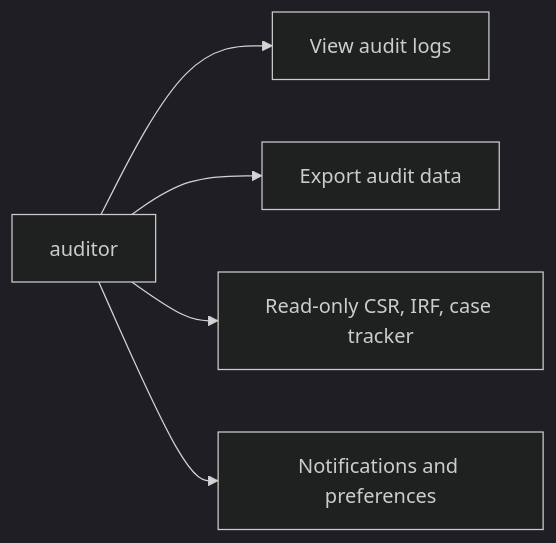
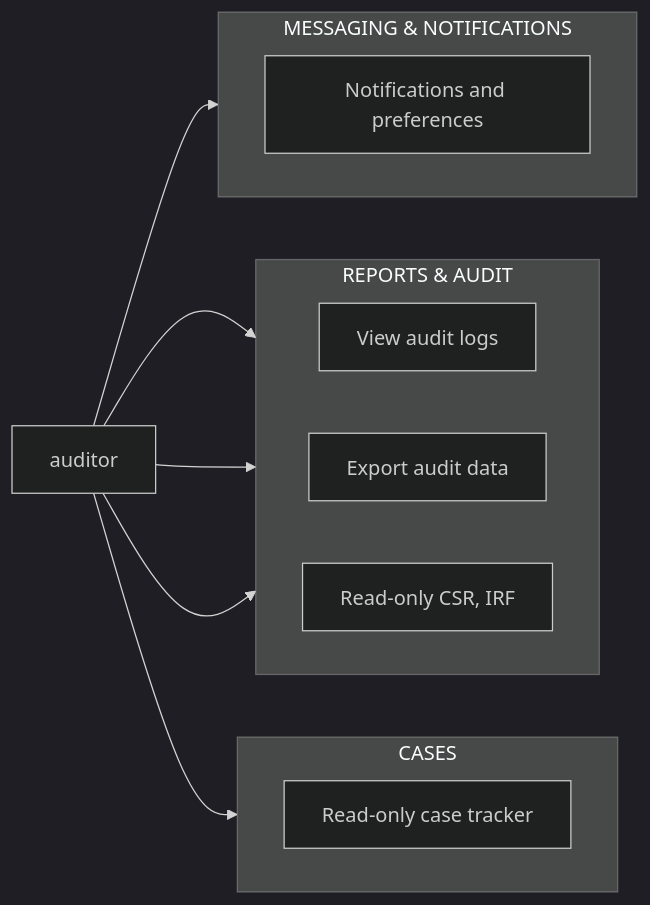
The tenth of 11 diagrams in docs/diagrams/02-use-case-diagram.md (urlsalimbot/THESIS1-KAPWA), drawn with Mermaid (dark theme) before and after one commit. The commit also changed other lines of this file, not shown here.

Commit message:
docs: group use cases by category within each per-role diagram

````diff
--- a/docs/diagrams/02-use-case-diagram.md
+++ b/docs/diagrams/02-use-case-diagram.md
@@ -119,8 +332,27 @@
 ```mermaid
 flowchart LR
     AU["auditor"]
-    AU --> UC1["View audit logs"]
-    AU --> UC2["Export audit data"]
-    AU --> UC3["Read-only CSR, IRF, case tracker"]
-    AU --> UC4["Notifications and preferences"]
+
+    subgraph Cases[CASES]
+        direction LR
+        T1["Read-only case tracker"]
+    end
+
+    subgraph Reports[REPORTS & AUDIT]
+        direction LR
+        T2["View audit logs"]
+        T3["Export audit data"]
+        T4["Read-only CSR, IRF"]
+    end
+
+    subgraph Messaging[MESSAGING & NOTIFICATIONS]
+        direction LR
+        T5["Notifications and preferences"]
+    end
+
+    AU --> T1
+    AU --> T2
+    AU --> T3
+    AU --> T4
+    AU --> T5
 ```
````
